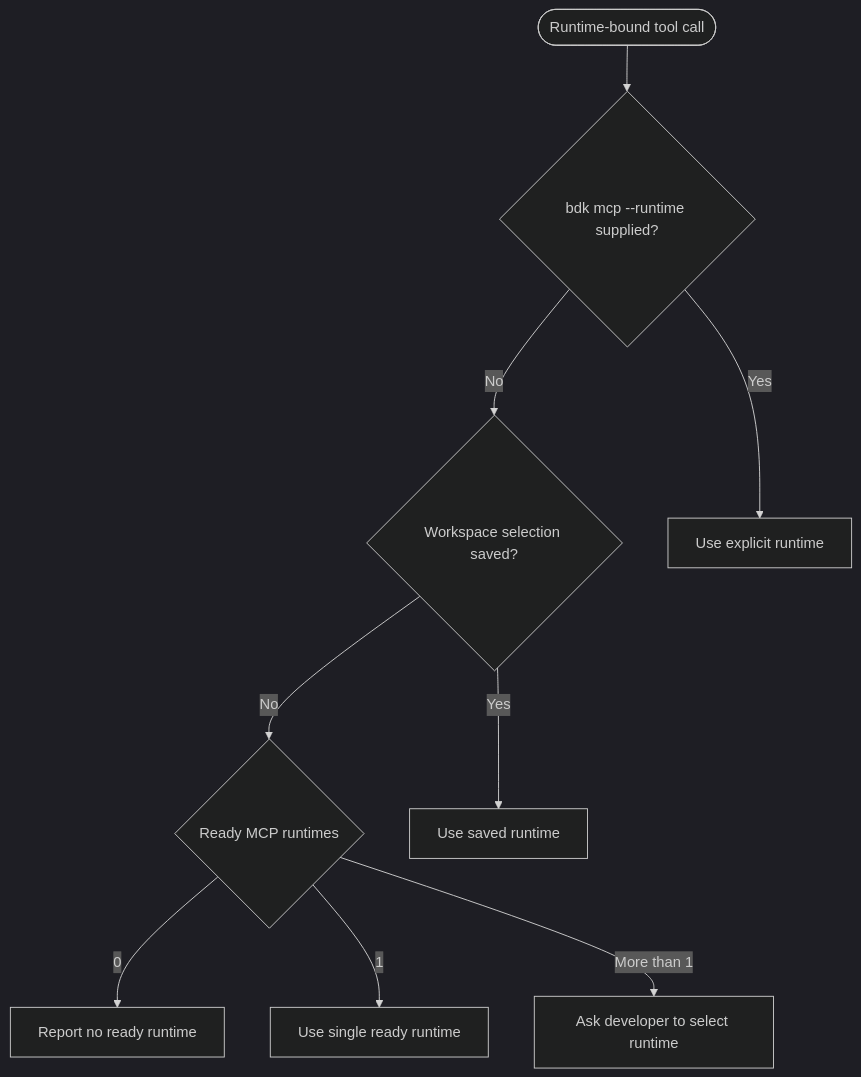
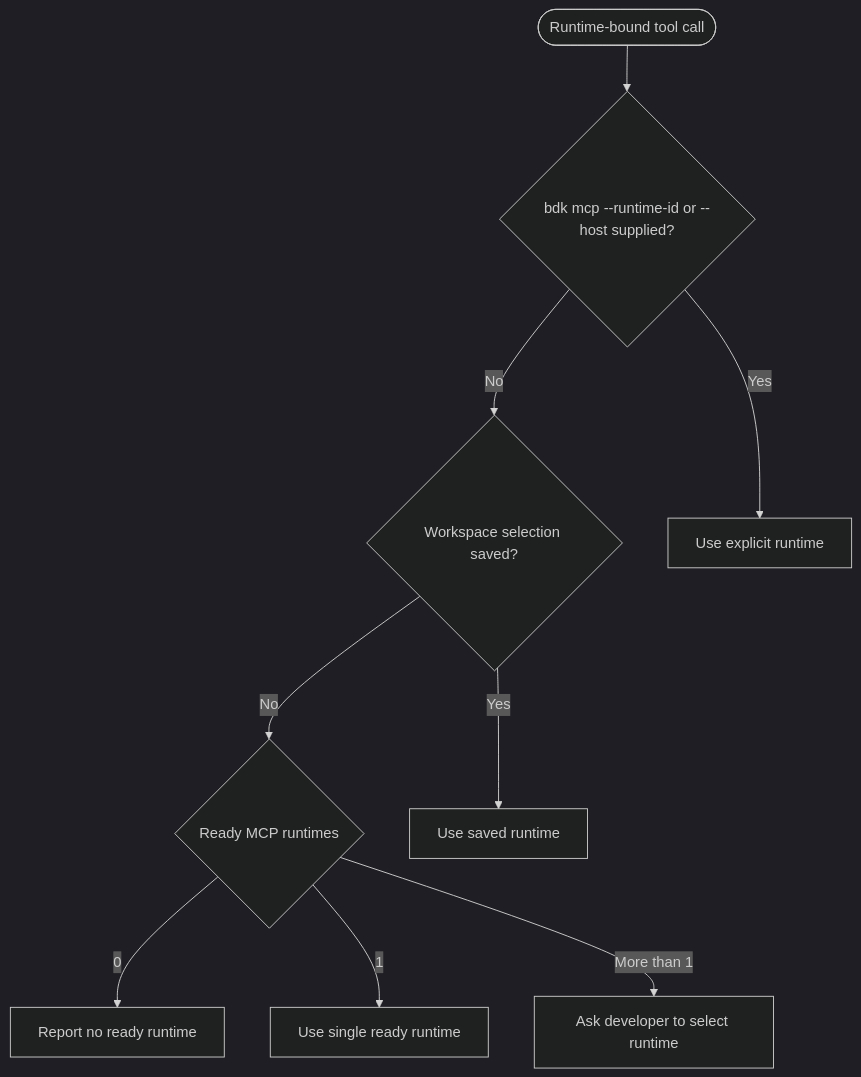
One commit to BridgingIT-GmbH/bITdevKit changed the third of 3 diagrams in docs/features-cli-mcp.md. Above: the diagram before and after it, drawn with Mermaid (dark theme). The commit also changed other lines of this file and 62 other files, not shown here.

````diff
--- a/docs/features-cli-mcp.md
+++ b/docs/features-cli-mcp.md
@@ -152,21 +203,21 @@
 ```mermaid
 flowchart TD
     ToolCall([Runtime-bound tool call])
-    RuntimeArg{bdk mcp --runtime supplied?}
+    RuntimeArg{bdk mcp --runtime-id or --host supplied?}
     Saved{Workspace selection saved?}
     Count{Ready MCP runtimes}
     Explicit[Use explicit runtime]
     Selected[Use saved runtime]
     Single[Use single ready runtime]
     Ask[Ask developer to select runtime]
     None[Report no ready runtime]
 
     ToolCall --> RuntimeArg
     RuntimeArg -->|Yes| Explicit
     RuntimeArg -->|No| Saved
     Saved -->|Yes| Selected
     Saved -->|No| Count
     Count -->|0| None
     Count -->|1| Single
     Count -->|More than 1| Ask
 ```
````
